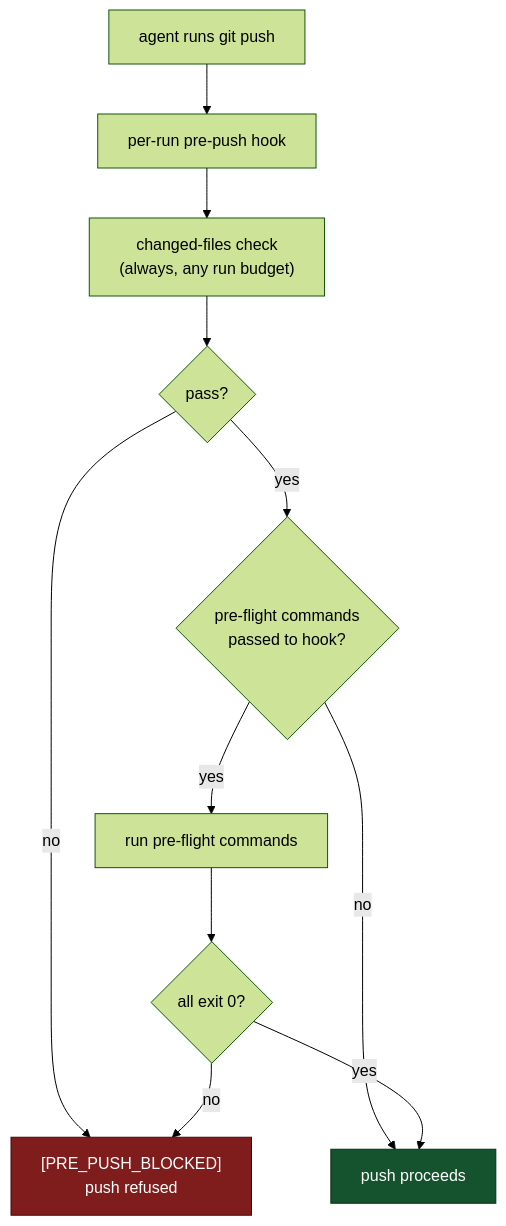
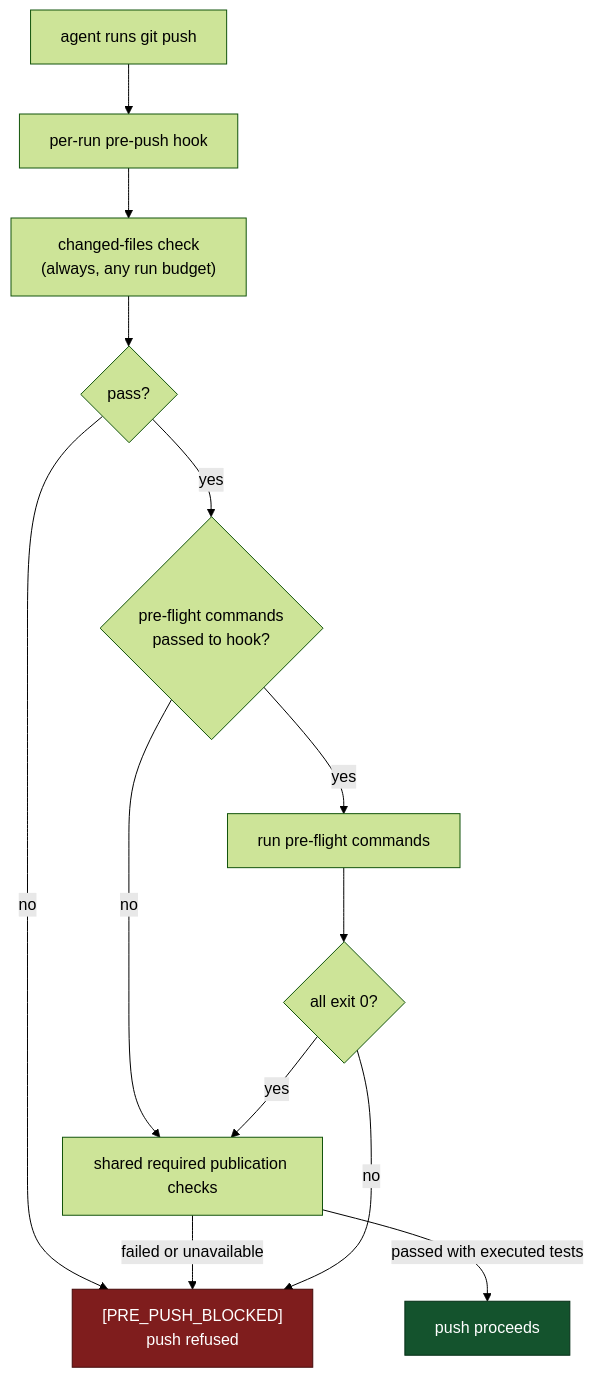
Before and after one commit to stSoftwareAU/VibeCoder: diagram 25 of 29 in docs/CONFIGURATION.md, drawn with Mermaid (forest theme). The commit also changed other lines of this file and 29 other files, not shown here.

````diff
--- a/docs/CONFIGURATION.md
+++ b/docs/CONFIGURATION.md
@@ -5091,15 +5105,17 @@
 ```mermaid
 flowchart TD
     P["agent runs git push"] --> H["per-run pre-push hook"]
     H --> C["changed-files check<br/>(always, any run budget)"]
     C --> O{"pass?"}
     O -->|no| B["[PRE_PUSH_BLOCKED]<br/>push refused"]
     O -->|yes| F{"pre-flight commands<br/>passed to hook?"}
-    F -->|no| G["push proceeds"]
+    F -->|no| V["shared required publication checks"]
+    V -->|passed with executed tests| G["push proceeds"]
+    V -->|failed or unavailable| B
     F -->|yes| R["run pre-flight commands"]
     R --> Q{"all exit 0?"}
-    Q -->|yes| G
+    Q -->|yes| V
     Q -->|no| B
     style B fill:#7f1d1d,stroke:#450a0a,color:#fff
     style G fill:#14532d,stroke:#052e16,color:#fff
 ```
````
